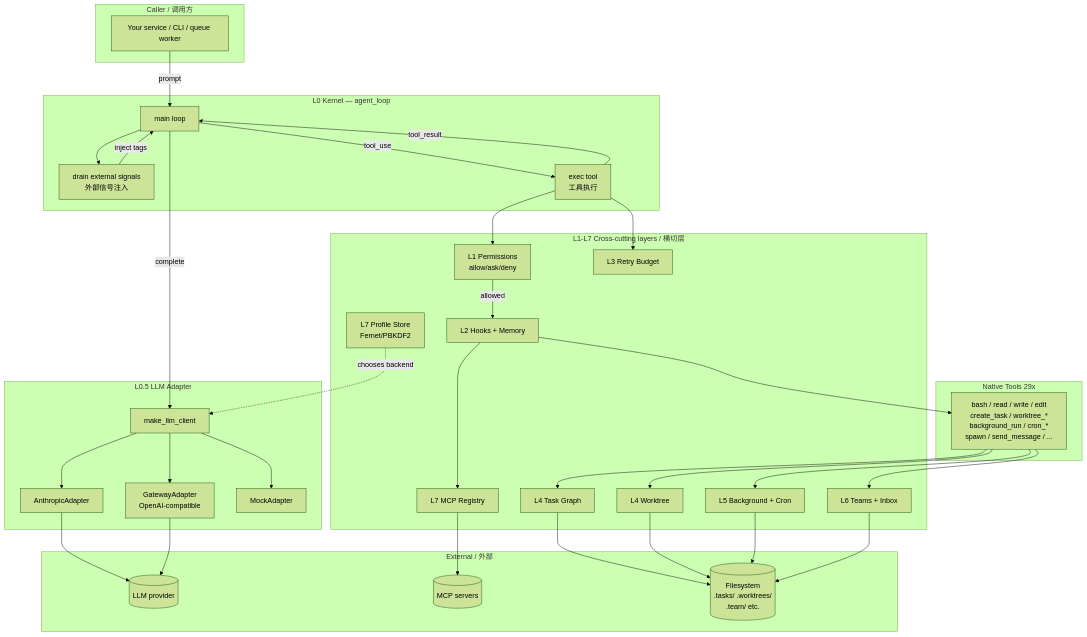
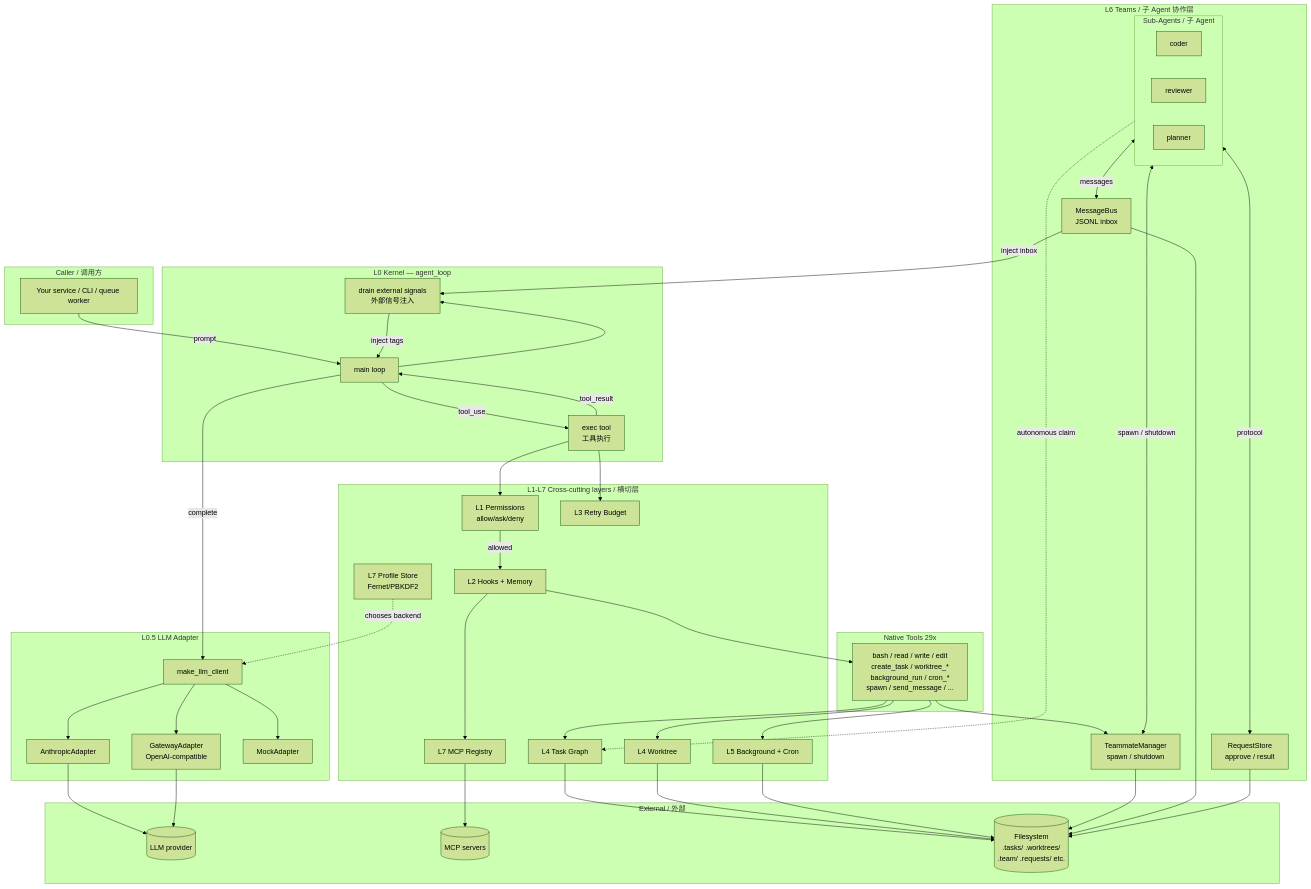
One commit to wangxfholly/agent_basic changed the diagram in README.md. Above: the diagram before and after it, drawn with Mermaid (forest theme). The commit also changed other lines of this file and 1 other file, not shown here.

First line of the commit message:
docs: surface Teams / Sub-Agents in architecture

````diff
--- a/README.md
+++ b/README.md
@@ -44,59 +44,74 @@
 ```mermaid
 flowchart TB
     subgraph User["Caller / 调用方"]
       U[Your service / CLI / queue worker]
     end
 
     subgraph Kernel["L0 Kernel — agent_loop"]
       K[main loop]
       DR[drain external signals<br/>外部信号注入]
       EX[exec tool<br/>工具执行]
     end
 
     subgraph LLM["L0.5 LLM Adapter"]
       F[make_llm_client]
       A[AnthropicAdapter]
       G[GatewayAdapter<br/>OpenAI-compatible]
       M[MockAdapter]
     end
 
     subgraph Layers["L1-L7 Cross-cutting layers / 横切层"]
       P[L1 Permissions<br/>allow/ask/deny]
       H[L2 Hooks + Memory]
       R[L3 Retry Budget]
       T[L4 Task Graph]
       W[L4 Worktree]
       B[L5 Background + Cron]
-      TM[L6 Teams + Inbox]
       MC[L7 MCP Registry]
       PR[L7 Profile Store<br/>Fernet/PBKDF2]
+    end
+
+    subgraph Teams["L6 Teams / 子 Agent 协作层"]
+      TM[TeammateManager<br/>spawn / shutdown]
+      MB[MessageBus<br/>JSONL inbox]
+      RS[RequestStore<br/>approve / result]
+      subgraph Subs["Sub-Agents / 子 Agent"]
+        SA1[coder]
+        SA2[reviewer]
+        SA3[planner]
+      end
     end
 
     subgraph Tools["Native Tools 29x"]
       TOOLS[bash / read / write / edit<br/>create_task / worktree_*<br/>background_run / cron_*<br/>spawn / send_message / ...]
     end
 
     subgraph External["External / 外部"]
       LLMSVC[(LLM provider)]
       MCPSVR[(MCP servers)]
-      FS[(Filesystem<br/>.tasks/ .worktrees/<br/>.team/ etc.)]
+      FS[(Filesystem<br/>.tasks/ .worktrees/<br/>.team/ .requests/ etc.)]
     end
 
     U -->|prompt| K
     K --> DR
     DR -->|inject tags| K
     K -->|complete| F
     F --> A & G & M
     A & G --> LLMSVC
     K -->|tool_use| EX
     EX --> P
     P -->|allowed| H
     H --> TOOLS
     H --> MC
     MC --> MCPSVR
     EX --> R
     TOOLS --> T & W & B & TM
-    T & W & B & TM --> FS
+    TM <-->|spawn / shutdown| Subs
+    Subs <-->|messages| MB
+    Subs <-->|protocol| RS
+    Subs -.->|autonomous claim| T
+    MB -->|inject inbox| DR
+    T & W & B & TM & MB & RS --> FS
     PR -.->|chooses backend| F
     EX -->|tool_result| K
 ```
````
